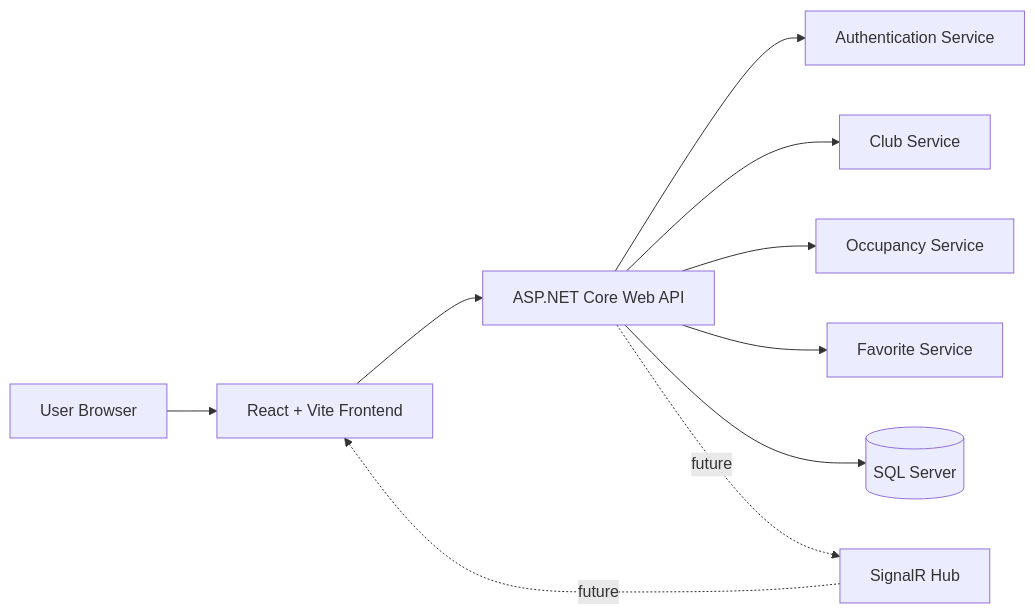
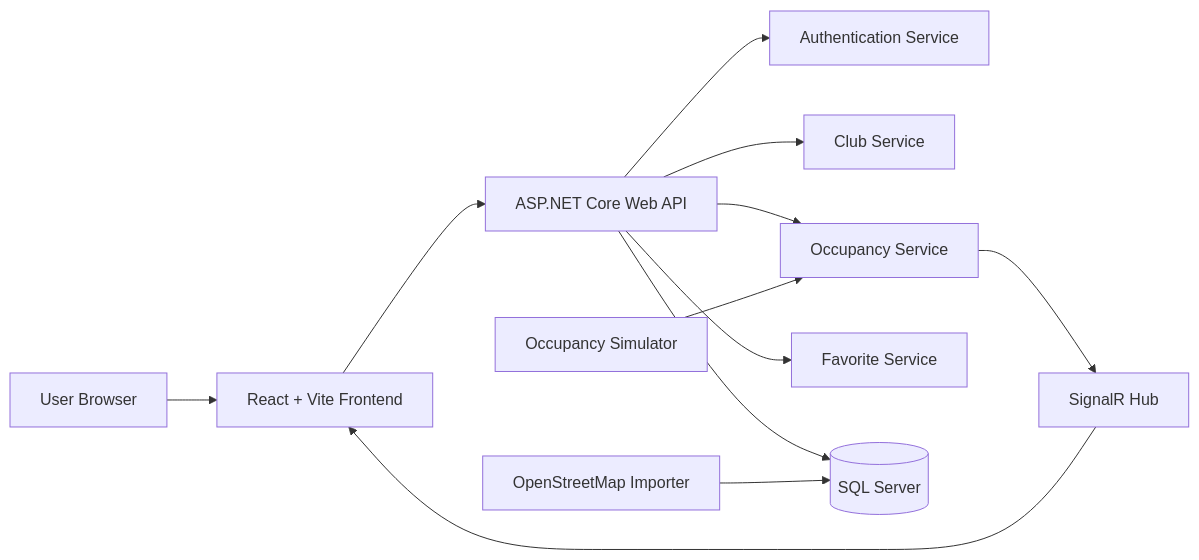
The diagram in docs/architecture.md (Agcaoili4/GymPulse_Tracker), drawn with Mermaid before and after one commit. The commit also changed other lines of this file and 6 other files, not shown here.

````diff
--- a/docs/architecture.md
+++ b/docs/architecture.md
@@ -7,12 +7,14 @@
 ```mermaid
 flowchart LR
     User[User Browser] --> Frontend[React + Vite Frontend]
     Frontend --> API[ASP.NET Core Web API]
     API --> Auth[Authentication Service]
     API --> ClubService[Club Service]
     API --> OccupancyService[Occupancy Service]
     API --> FavoriteService[Favorite Service]
     API --> Db[(SQL Server)]
-    API -. future .-> SignalR[SignalR Hub]
-    SignalR -. future .-> Frontend
+    OsmImporter[OpenStreetMap Importer] --> Db
+    Simulator[Occupancy Simulator] --> OccupancyService
+    OccupancyService --> SignalR[SignalR Hub]
+    SignalR --> Frontend
 ```
````
